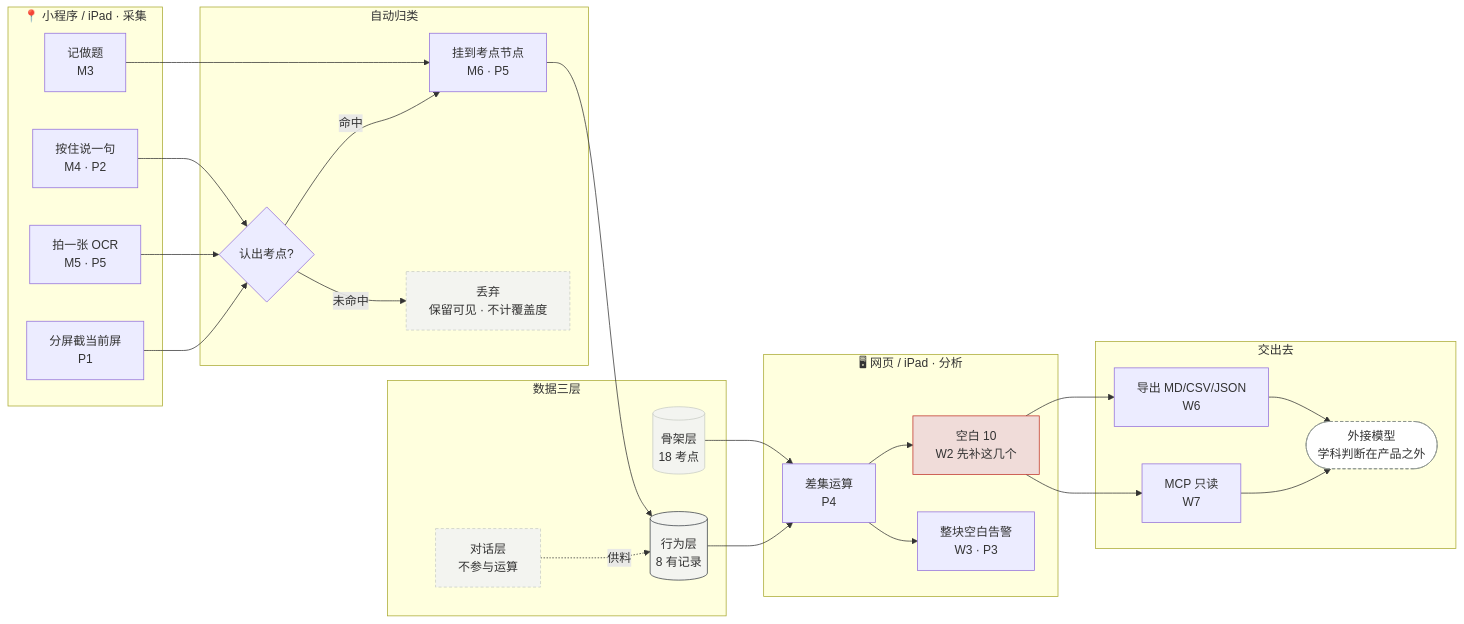
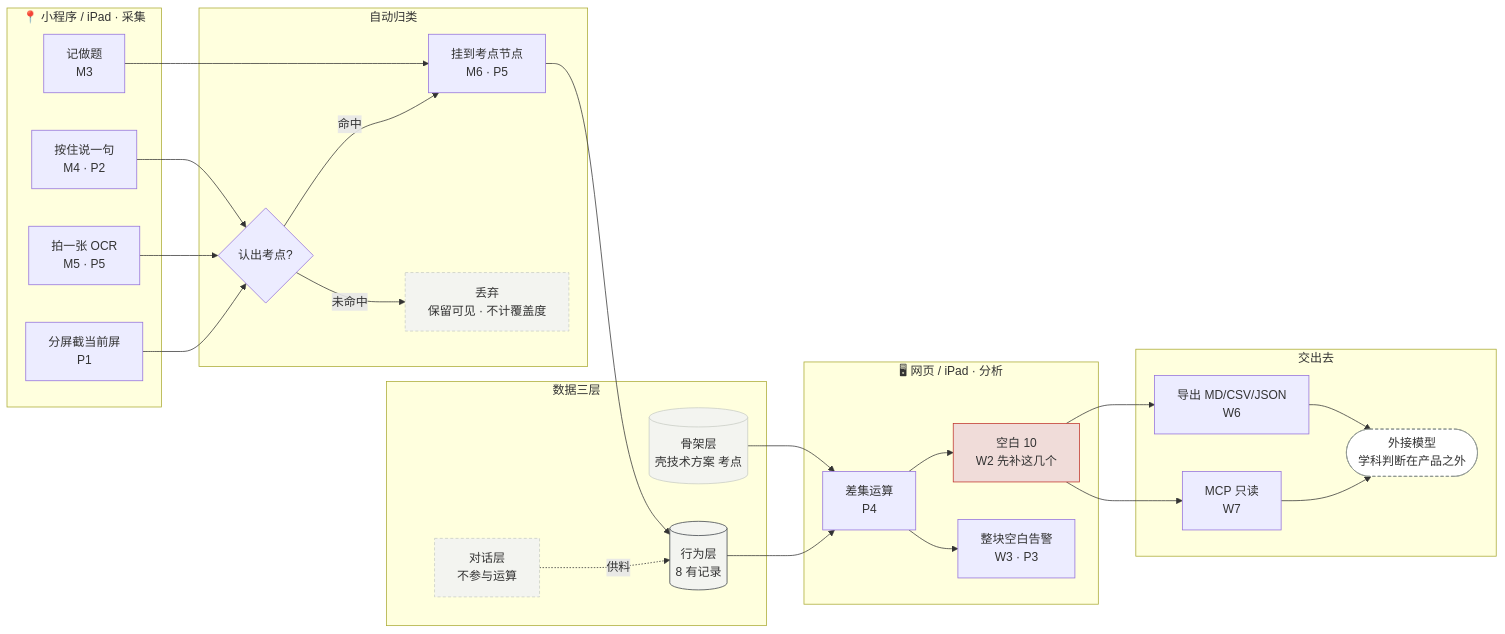
The diagram in design/explorations/README.md (chenyuanjin/kubic), drawn with Mermaid before and after one commit. The commit also changed other lines of this file and 274 other files, not shown here.

````diff
--- a/design/explorations/README.md
+++ b/design/explorations/README.md
@@ -68,57 +68,57 @@
 ```mermaid
 flowchart LR
     subgraph 采集["📍 小程序 / iPad · 采集"]
         A1[按住说一句<br/>M4 · P2]
         A2[拍一张 OCR<br/>M5 · P5]
         A3[分屏截当前屏<br/>P1]
         A4[记做题<br/>M3]
     end
 
     subgraph 打标["自动归类"]
         B1{认出考点?}
         B2[挂到考点节点<br/>M6 · P5]
         B3[丢弃<br/>保留可见 · 不计覆盖度]
     end
 
     subgraph 三层["数据三层"]
-        C1[(骨架层<br/>18 考点)]
+        C1[(骨架层<br/>壳技术方案 考点)]
         C2[(行为层<br/>8 有记录)]
         C3[对话层<br/>不参与运算]
     end
 
     subgraph 分析["🖥 网页 / iPad · 分析"]
         D1[差集运算<br/>P4]
         D2[空白 10<br/>W2 先补这几个]
         D3[整块空白告警<br/>W3 · P3]
     end
 
     subgraph 出口["交出去"]
         E1[导出 MD/CSV/JSON<br/>W6]
         E2[MCP 只读<br/>W7]
         E3([外接模型<br/>学科判断在产品之外])
     end
 
     A1 --> B1
     A2 --> B1
     A3 --> B1
     A4 --> B2
     B1 -- 命中 --> B2
     B1 -- 未命中 --> B3
     B2 --> C2
     C1 --> D1
     C2 --> D1
     C3 -.供料.-> C2
     D1 --> D2
     D1 --> D3
     D2 --> E1
     D2 --> E2
     E1 --> E3
     E2 --> E3
 
     style C1 fill:#F3F4F0,stroke:#C9CDC4
     style C2 fill:#F3F4F0,stroke:#3A4046
     style C3 fill:#F3F4F0,stroke:#C9CDC4,stroke-dasharray: 4 3
     style D2 fill:#F0DCD9,stroke:#C0332B
     style B3 fill:#F3F4F0,stroke:#C9CDC4,stroke-dasharray: 4 3
     style E3 fill:#FFFFFF,stroke:#8C948F,stroke-dasharray: 4 3
 ```
````
